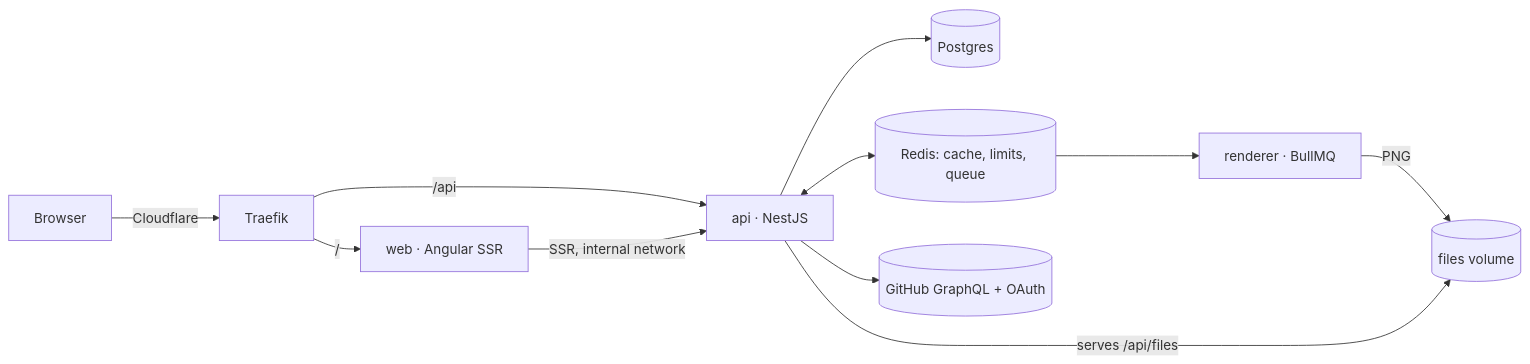
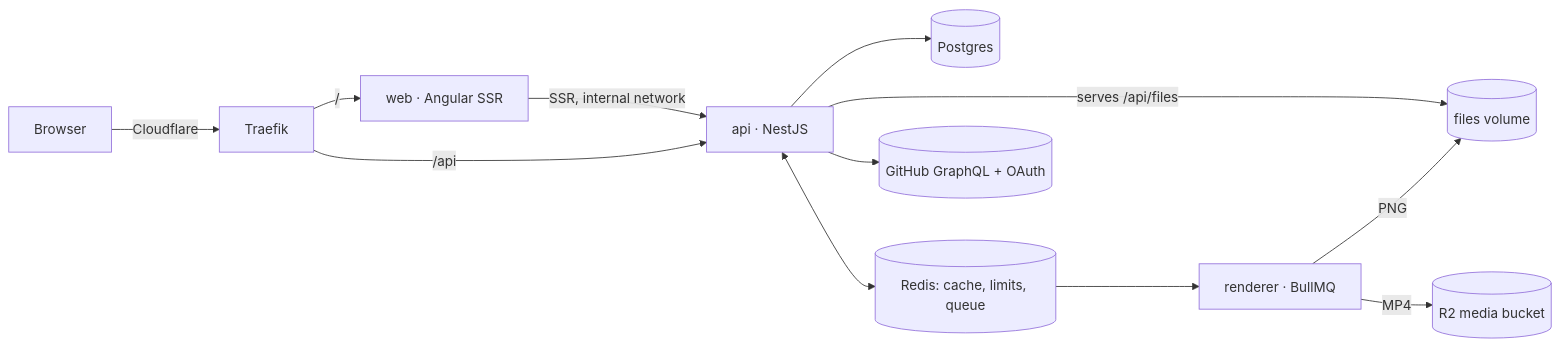
Before and after one commit to jjimenezm/github-wrapped: the diagram in README.md, drawn with Mermaid. The commit also changed other lines of this file and 3 other files, not shown here.

First line of the commit message:
docs: deploy videos with an R2 media bucket

````diff
--- a/README.md
+++ b/README.md
@@ -33,13 +35,14 @@
 ```mermaid
 flowchart LR
   B[Browser] -->|Cloudflare| T[Traefik]
   T -->|/| W[web · Angular SSR]
   T -->|/api| A[api · NestJS]
   W -->|SSR, internal network| A
   A --> P[(Postgres)]
   A <--> R[(Redis: cache, limits, queue)]
   R --> RD[renderer · BullMQ]
   RD -->|PNG| V[(files volume)]
+  RD -->|MP4| M[(R2 media bucket)]
   A -->|serves /api/files| V
   A --> GH[(GitHub GraphQL + OAuth)]
 ```
````
